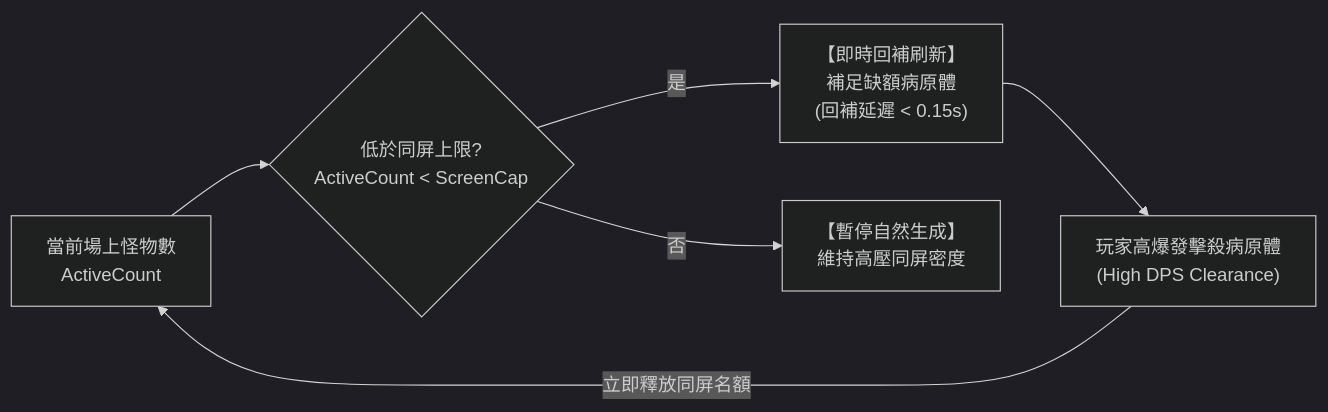
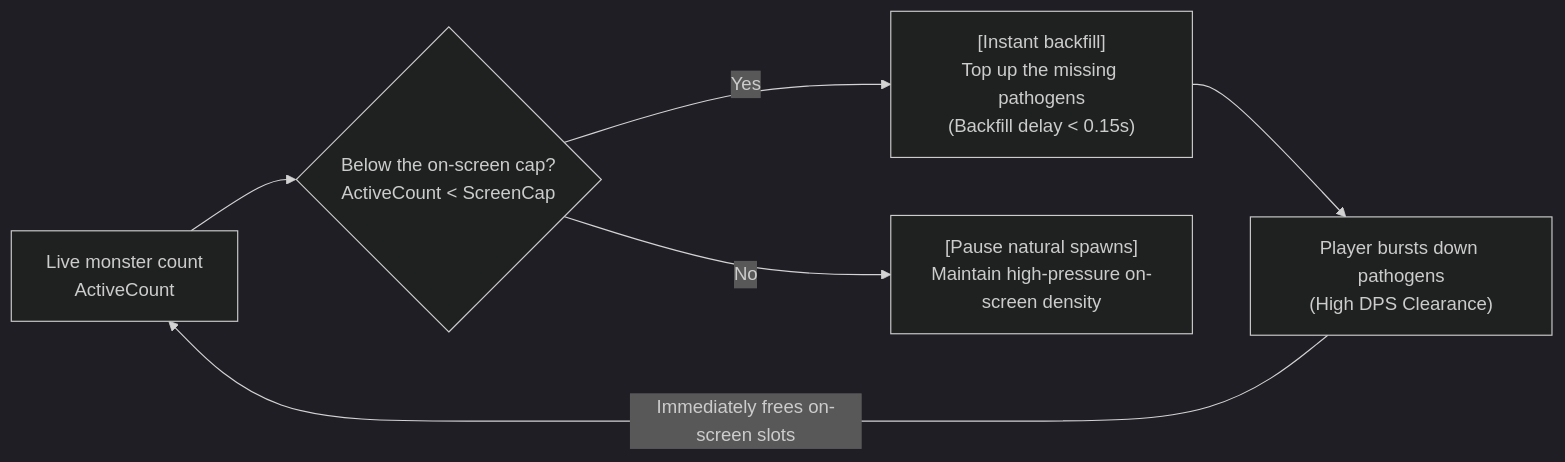
Before and after one commit to skyrocket-qy/Phagocyte: the third of 3 diagrams in docs/stages.md, drawn with Mermaid (dark theme). The commit also changed other lines of this file and 17 other files, not shown here.

````diff
--- a/docs/stages.md
+++ b/docs/stages.md
@@ -152,8 +152,8 @@
 ```mermaid
 flowchart LR
-    A["當前場上怪物數<br>ActiveCount"] --> B{"低於同屏上限?<br>ActiveCount < ScreenCap"}
-    B -- 是 --> C["【即時回補刷新】<br>補足缺額病原體<br>(回補延遲 < 0.15s)"]
-    B -- 否 --> D["【暫停自然生成】<br>維持高壓同屏密度"]
-    C --> E["玩家高爆發擊殺病原體<br>(High DPS Clearance)"]
-    E -->|立即釋放同屏名額| A
+    A["Live monster count<br>ActiveCount"] --> B{"Below the on-screen cap?<br>ActiveCount < ScreenCap"}
+    B -- Yes --> C["[Instant backfill]<br>Top up the missing pathogens<br>(Backfill delay < 0.15s)"]
+    B -- No --> D["[Pause natural spawns]<br>Maintain high-pressure on-screen density"]
+    C --> E["Player bursts down pathogens<br>(High DPS Clearance)"]
+    E -->|Immediately frees on-screen slots| A
 ```
````
